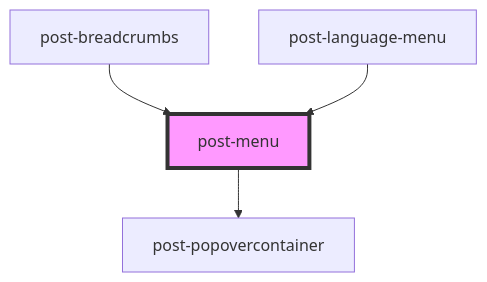
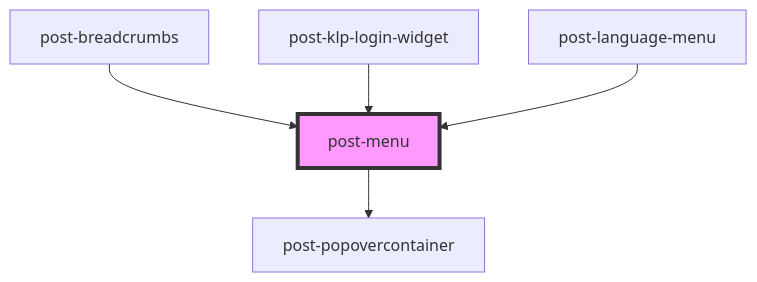
The diagram in packages/components/src/components/post-menu/readme.md (swisspost/design-system), drawn with Mermaid before and after one commit. The commit also changed other lines of this file and 9 other files, not shown here.

Commit message:
feat(component): added a `klp-login-widget` component

````diff
--- a/packages/components/src/components/post-menu/readme.md
+++ b/packages/components/src/components/post-menu/readme.md
@@ -92,7 +93,8 @@
 ```mermaid
 graph TD;
   post-menu --> post-popovercontainer
   post-breadcrumbs --> post-menu
+  post-klp-login-widget --> post-menu
   post-language-menu --> post-menu
   style post-menu fill:#f9f,stroke:#333,stroke-width:4px
 ```
````
